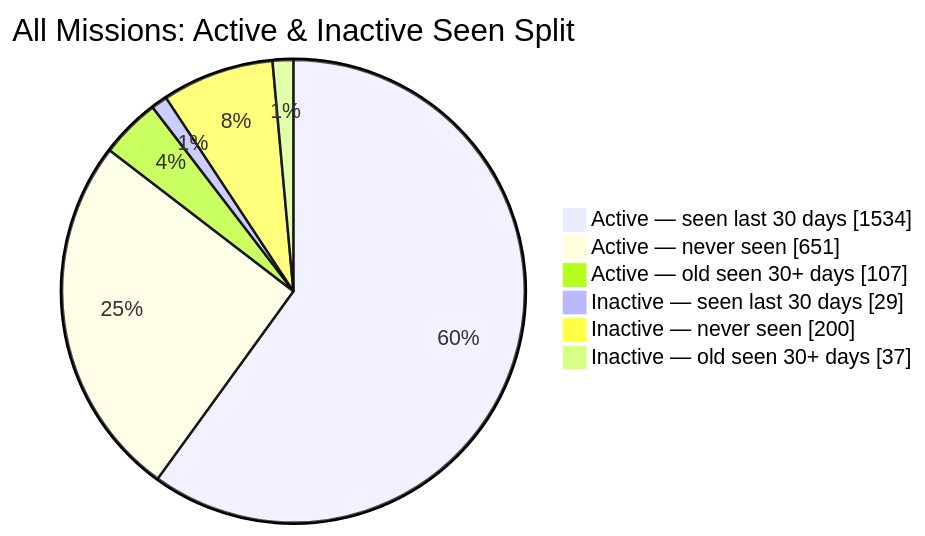
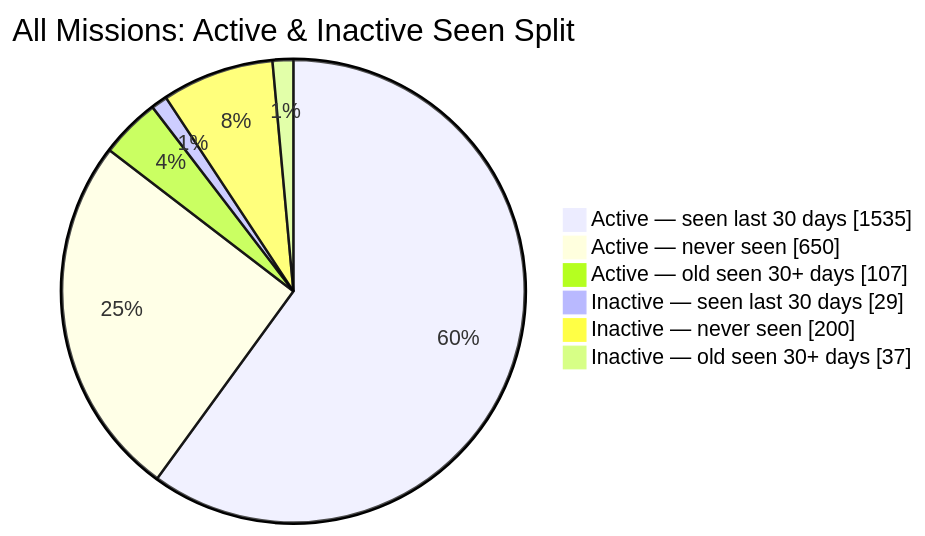
One commit to MeldkamerspelGameTeam/active-missions changed the second of 2 diagrams in README.md. Above: the diagram before and after it, drawn with Mermaid. The commit also changed other lines of this file and 3 other files, not shown here.

````diff
--- a/README.md
+++ b/README.md
@@ -44,10 +44,10 @@
 ```mermaid
 pie showData
     title All Missions: Active & Inactive Seen Split
-    "Active — seen last 30 days" : 1534
-    "Active — never seen" : 651
+    "Active — seen last 30 days" : 1535
+    "Active — never seen" : 650
     "Active — old seen 30+ days" : 107
     "Inactive — seen last 30 days" : 29
     "Inactive — never seen" : 200
     "Inactive — old seen 30+ days" : 37
 ```
````
